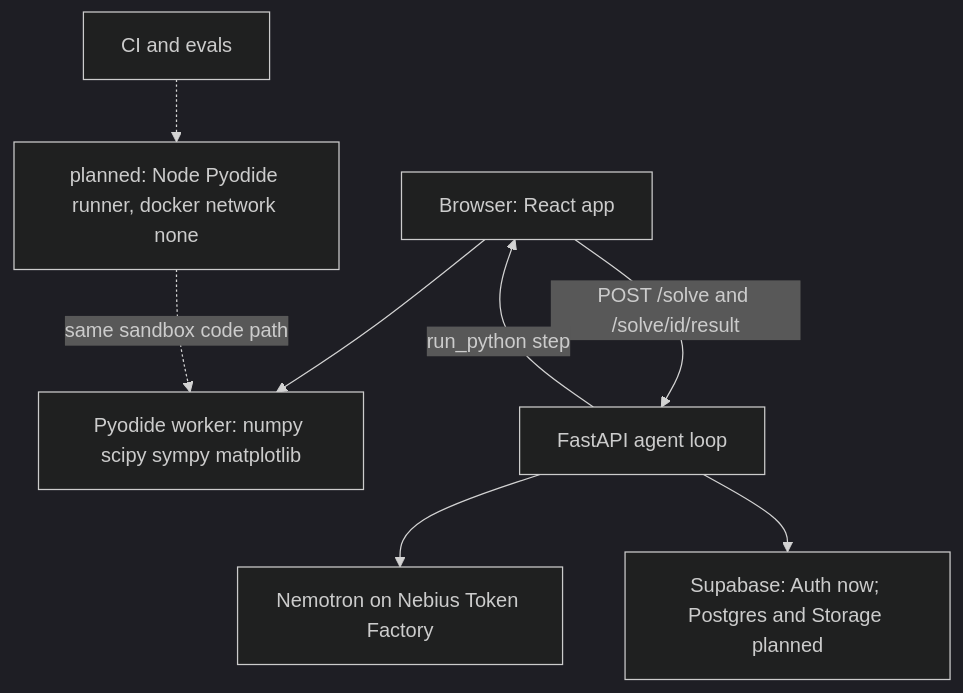
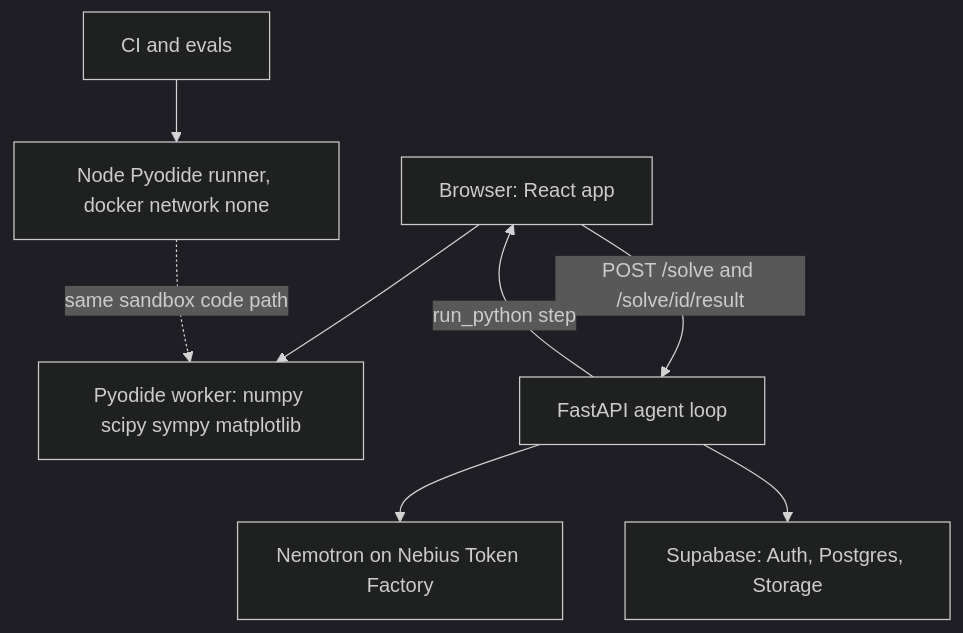
One commit to studyforge-team/studyforge changed the diagram in README.md. Above: the diagram before and after it, drawn with Mermaid (dark theme). The commit also changed other lines of this file, not shown here.

````diff
--- a/README.md
+++ b/README.md
@@ -44,10 +51,10 @@
 ```mermaid
 graph TD
     Browser[Browser: React app] --> Worker[Pyodide worker: numpy scipy sympy matplotlib]
     Browser -->|POST /solve and /solve/id/result| API[FastAPI agent loop]
     API -->|run_python step| Browser
     API --> TF[Nemotron on Nebius Token Factory]
-    API --> DB[Supabase: Auth now; Postgres and Storage planned]
-    CI[CI and evals] -.-> Runner[planned: Node Pyodide runner, docker network none]
+    API --> DB[Supabase: Auth, Postgres, Storage]
+    CI[CI and evals] --> Runner[Node Pyodide runner, docker network none]
     Runner -.->|same sandbox code path| Worker
 ```
````
